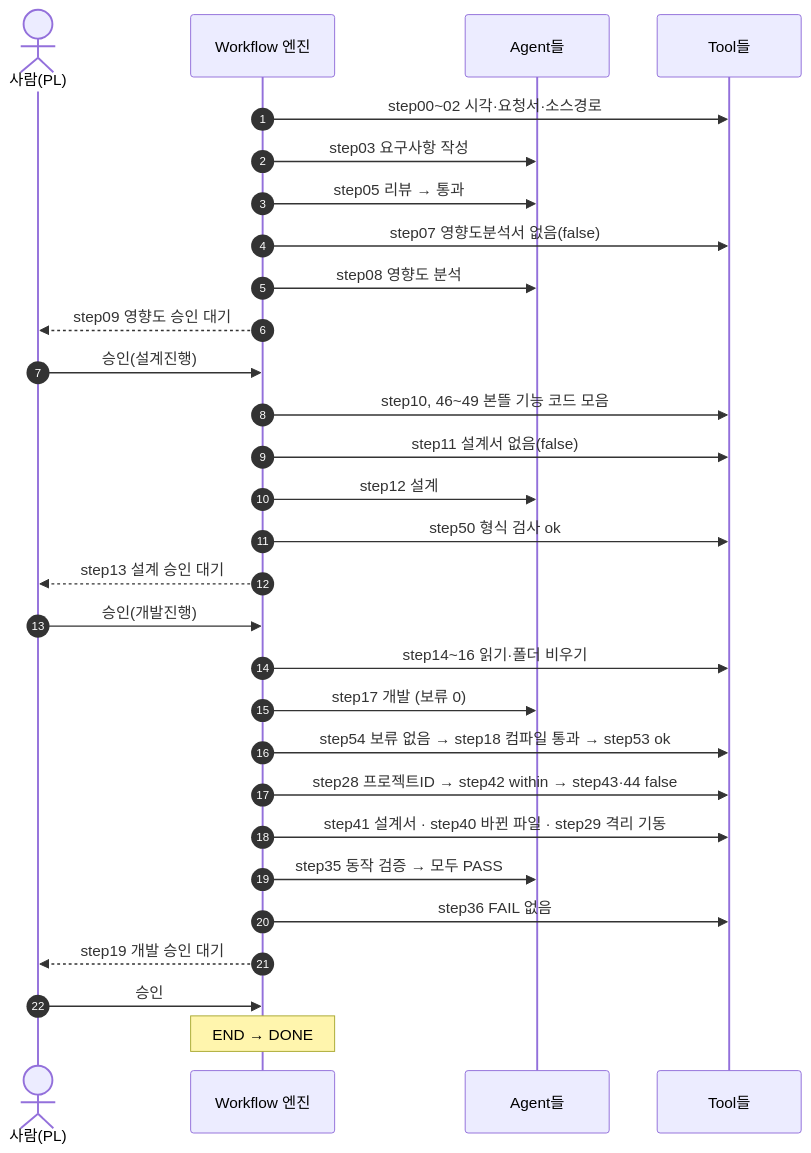
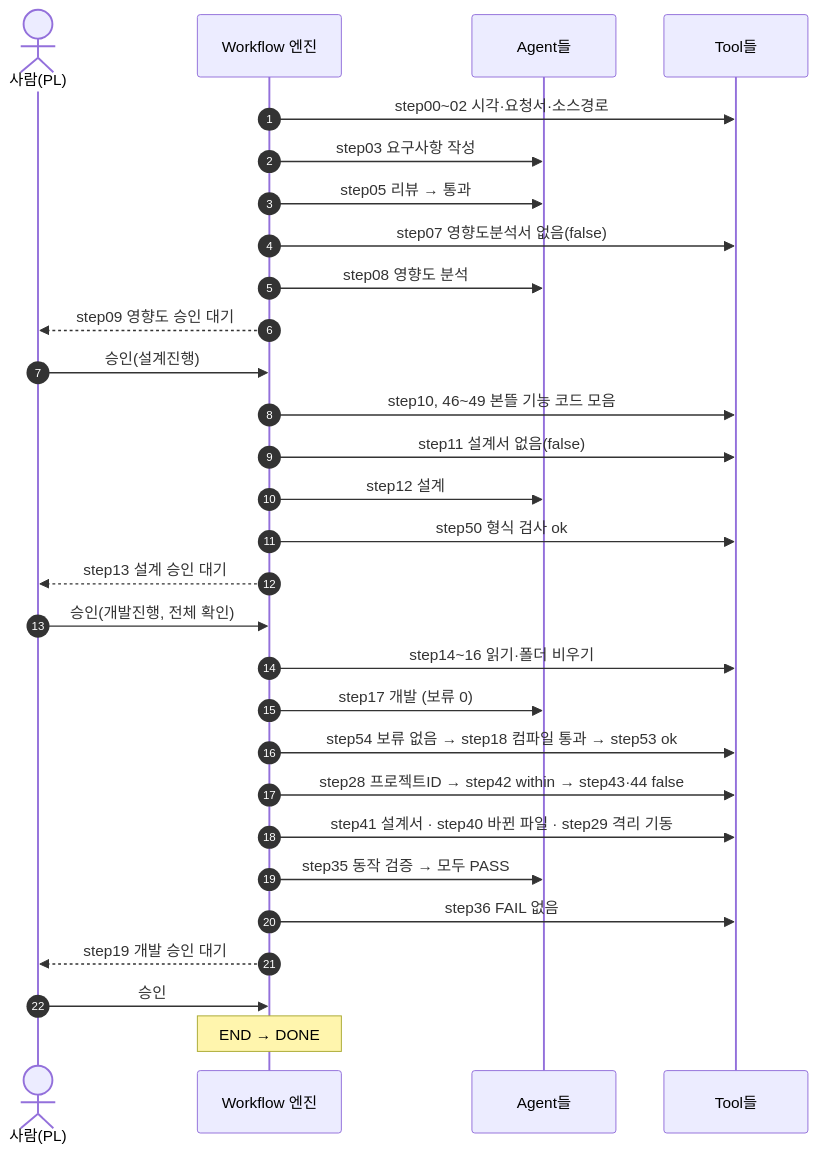
Diagram 23 of 25 in docs/09.dstone-ai-engine-sm-workflow.md (YongSoekChoeng/dstone), drawn with Mermaid before and after one commit. The commit also changed other lines of this file and 13 other files, not shown here.

````diff
--- a/docs/09.dstone-ai-engine-sm-workflow.md
+++ b/docs/09.dstone-ai-engine-sm-workflow.md
@@ -1644,31 +1644,31 @@
 ```mermaid
 sequenceDiagram
     autonumber
     actor PL as 사람(PL)
     participant WF as Workflow 엔진
     participant AG as Agent들
     participant TL as Tool들
     WF->>TL: step00~02 시각·요청서·소스경로
     WF->>AG: step03 요구사항 작성
     WF->>AG: step05 리뷰 → 통과
     WF->>TL: step07 영향도분석서 없음(false)
     WF->>AG: step08 영향도 분석
     WF-->>PL: step09 영향도 승인 대기
     PL->>WF: 승인(설계진행)
     WF->>TL: step10, 46~49 본뜰 기능 코드 모음
     WF->>TL: step11 설계서 없음(false)
     WF->>AG: step12 설계
     WF->>TL: step50 형식 검사 ok
     WF-->>PL: step13 설계 승인 대기
-    PL->>WF: 승인(개발진행)
+    PL->>WF: 승인(개발진행, 전체 확인)
     WF->>TL: step14~16 읽기·폴더 비우기
     WF->>AG: step17 개발 (보류 0)
     WF->>TL: step54 보류 없음 → step18 컴파일 통과 → step53 ok
     WF->>TL: step28 프로젝트ID → step42 within → step43·44 false
     WF->>TL: step41 설계서 · step40 바뀐 파일 · step29 격리 기동
     WF->>AG: step35 동작 검증 → 모두 PASS
     WF->>TL: step36 FAIL 없음
     WF-->>PL: step19 개발 승인 대기
     PL->>WF: 승인
     Note over WF: END → DONE
 ```
````
